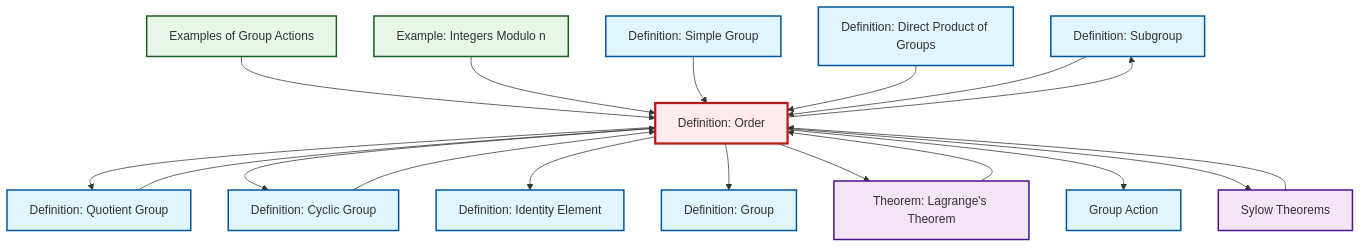
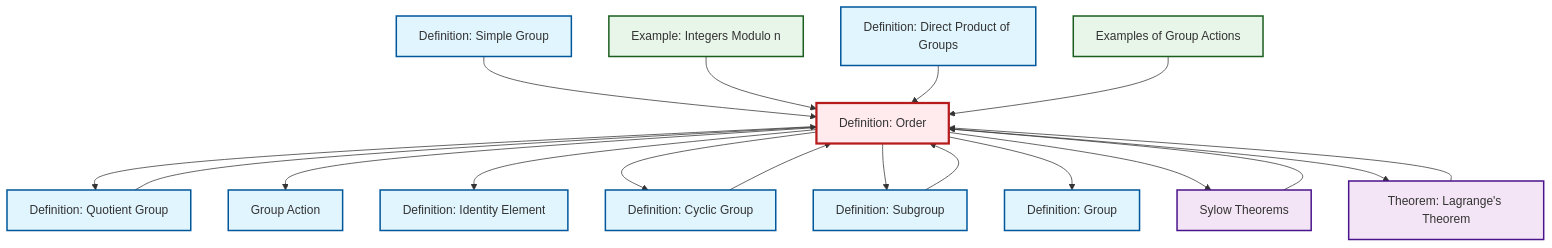
The diagram in content/en/algebra/def-order.qmd (RK0429/ModernMath), drawn with Mermaid before and after one commit. The commit also changed other lines of this file and 328 other files, not shown here.

````diff
--- a/content/en/algebra/def-order.qmd
+++ b/content/en/algebra/def-order.qmd
@@ -80,52 +80,52 @@
 ```{mermaid}
 %%| fig-cap: "Local dependency graph"
 graph TD
     classDef definition fill:#e1f5fe,stroke:#01579b,stroke-width:2px
     classDef theorem fill:#f3e5f5,stroke:#4a148c,stroke-width:2px
     classDef axiom fill:#fff3e0,stroke:#e65100,stroke-width:2px
     classDef example fill:#e8f5e9,stroke:#1b5e20,stroke-width:2px
     classDef current fill:#ffebee,stroke:#b71c1c,stroke-width:3px
+    ex-group-action-examples["Examples of Group Actions"]:::example
+    def-identity-element["Definition: Identity Element"]:::definition
+    def-group-action["Group Action"]:::definition
+    def-order["Definition: Order"]:::definition
+    def-cyclic-group["Definition: Cyclic Group"]:::definition
     def-subgroup["Definition: Subgroup"]:::definition
-    def-cyclic-group["Definition: Cyclic Group"]:::definition
-    def-order["Definition: Order"]:::definition
+    def-simple-group["Definition: Simple Group"]:::definition
+    thm-lagrange["Theorem: Lagrange's Theorem"]:::theorem
+    ex-quotient-integers-mod-n["Example: Integers Modulo n"]:::example
+    def-direct-product["Definition: Direct Product of Groups"]:::definition
+    def-group["Definition: Group"]:::definition
     def-quotient-group["Definition: Quotient Group"]:::definition
-    def-direct-product["Definition: Direct Product of Groups"]:::definition
-    ex-group-action-examples["Examples of Group Actions"]:::example
-    ex-quotient-integers-mod-n["Example: Integers Modulo n"]:::example
-    thm-lagrange["Theorem: Lagrange's Theorem"]:::theorem
-    def-identity-element["Definition: Identity Element"]:::definition
-    def-group["Definition: Group"]:::definition
     thm-sylow["Sylow Theorems"]:::theorem
-    def-simple-group["Definition: Simple Group"]:::definition
-    def-group-action["Group Action"]:::definition
     def-order --> def-quotient-group
+    def-subgroup --> def-order
+    def-order --> def-group-action
+    def-order --> def-identity-element
+    def-simple-group --> def-order
+    ex-quotient-integers-mod-n --> def-order
     def-order --> def-cyclic-group
-    def-order --> def-identity-element
+    def-cyclic-group --> def-order
+    def-order --> def-subgroup
+    def-direct-product --> def-order
     ex-group-action-examples --> def-order
-    ex-quotient-integers-mod-n --> def-order
+    def-order --> def-group
     def-quotient-group --> def-order
-    def-simple-group --> def-order
+    thm-sylow --> def-order
+    def-order --> thm-sylow
     thm-lagrange --> def-order
-    def-order --> def-group
     def-order --> thm-lagrange
-    def-cyclic-group --> def-order
-    def-order --> def-group-action
-    def-direct-product --> def-order
-    def-subgroup --> def-order
-    def-order --> thm-sylow
-    thm-sylow --> def-order
-    def-order --> def-subgroup
     class def-order current
+    click ex-group-action-examples "ex-group-action-examples.html" "Go to Examples of Group Actions"
+    click def-identity-element "def-identity-element.html" "Go to Identity Element definition"
+    click def-group-action "def-group-action.html" "Go to Group Action"
+    click def-cyclic-group "def-cyclic-group.html" "Go to Cyclic Group definition"
     click def-subgroup "def-subgroup.html" "Go to Subgroup definition"
-    click def-cyclic-group "def-cyclic-group.html" "Go to Cyclic Group definition"
+    click def-simple-group "def-simple-group.html" "Go to Simple Group definition"
+    click thm-lagrange "thm-lagrange.html" "Go to Lagrange's Theorem theorem"
+    click ex-quotient-integers-mod-n "ex-quotient-integers-mod-n.html" "Go to Integers Modulo n example"
+    click def-direct-product "def-direct-product.html" "Go to Direct Product of Groups definition"
+    click def-group "def-group.html" "Go to Group definition"
     click def-quotient-group "def-quotient-group.html" "Go to Quotient Group definition"
-    click def-direct-product "def-direct-product.html" "Go to Direct Product of Groups definition"
-    click ex-group-action-examples "ex-group-action-examples.html" "Go to Examples of Group Actions"
-    click ex-quotient-integers-mod-n "ex-quotient-integers-mod-n.html" "Go to Integers Modulo n example"
-    click thm-lagrange "thm-lagrange.html" "Go to Lagrange's Theorem theorem"
-    click def-identity-element "def-identity-element.html" "Go to Identity Element definition"
-    click def-group "def-group.html" "Go to Group definition"
     click thm-sylow "thm-sylow.html" "Go to Sylow Theorems"
-    click def-simple-group "def-simple-group.html" "Go to Simple Group definition"
-    click def-group-action "def-group-action.html" "Go to Group Action"
 ```
````
